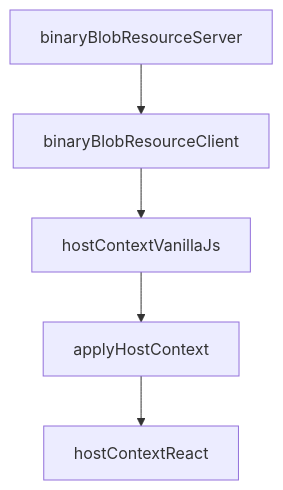
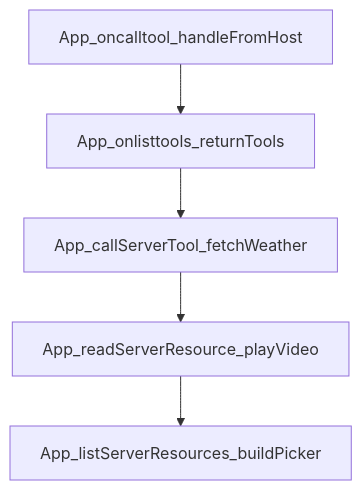
The diagram in tutorials/mcp-ext-apps-tutorial/03-app-sdk-ui-resources-and-tool-linkage.md (johnxie/awesome-code-docs), drawn with Mermaid before and after one commit. The commit also changed other lines of this file and 1232 other files, not shown here.

````diff
--- a/tutorials/mcp-ext-apps-tutorial/03-app-sdk-ui-resources-and-tool-linkage.md
+++ b/tutorials/mcp-ext-apps-tutorial/03-app-sdk-ui-resources-and-tool-linkage.md
@@ -213,12 +211,12 @@
 ```mermaid
 flowchart TD
-    A[binaryBlobResourceServer]
-    B[binaryBlobResourceClient]
-    C[hostContextVanillaJs]
-    D[applyHostContext]
-    E[hostContextReact]
+    A[App_oncalltool_handleFromHost]
+    B[App_onlisttools_returnTools]
+    C[App_callServerTool_fetchWeather]
+    D[App_readServerResource_playVideo]
+    E[App_listServerResources_buildPicker]
     A --> B
     B --> C
     C --> D
     D --> E
 ```
````
